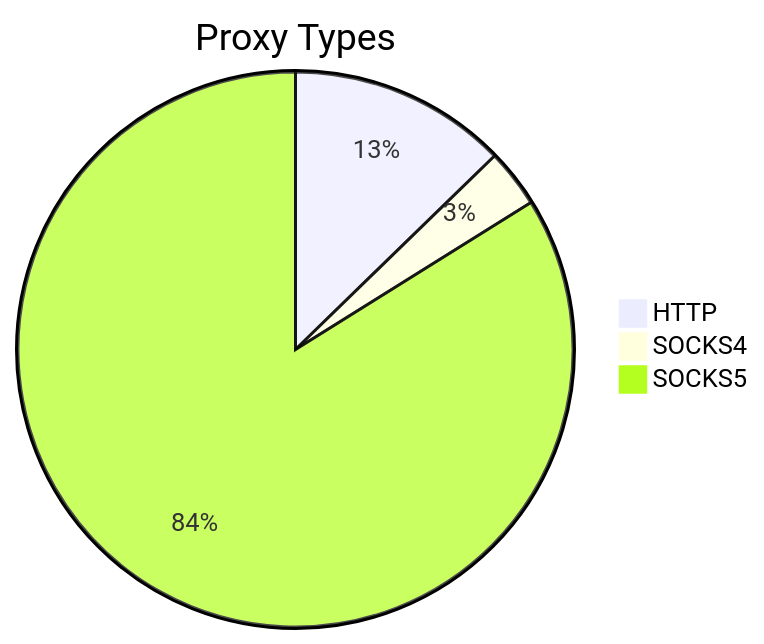
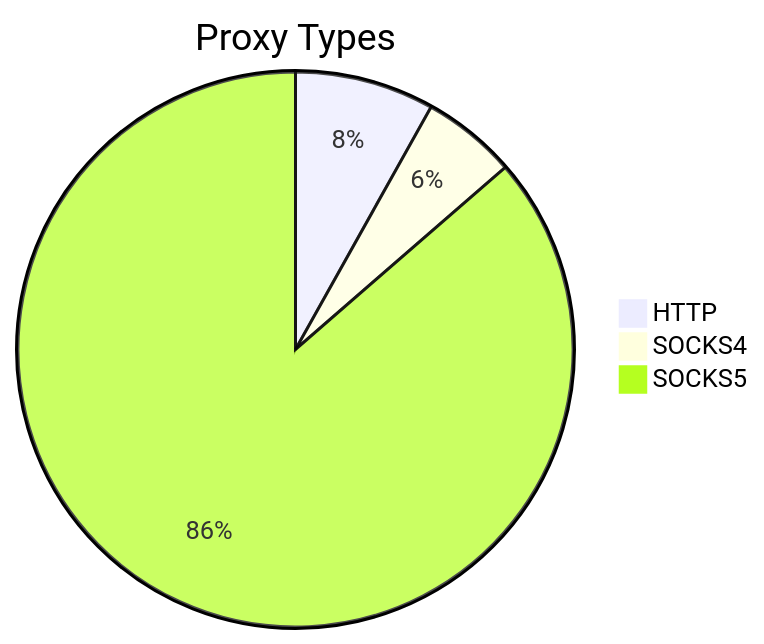
One commit to stormsia/proxy-list changed the first of 2 diagrams in README.md. Above: the diagram before and after it, drawn with Mermaid. The commit also changed other lines of this file, not shown here.

````diff
--- a/README.md
+++ b/README.md
@@ -21,6 +21,6 @@
 ```mermaid
 pie title Proxy Types
-    "HTTP" : 101
-    "SOCKS4" : 27
-    "SOCKS5" : 666
+    "HTTP" : 115
+    "SOCKS4" : 78
+    "SOCKS5" : 1224
 ```
````
